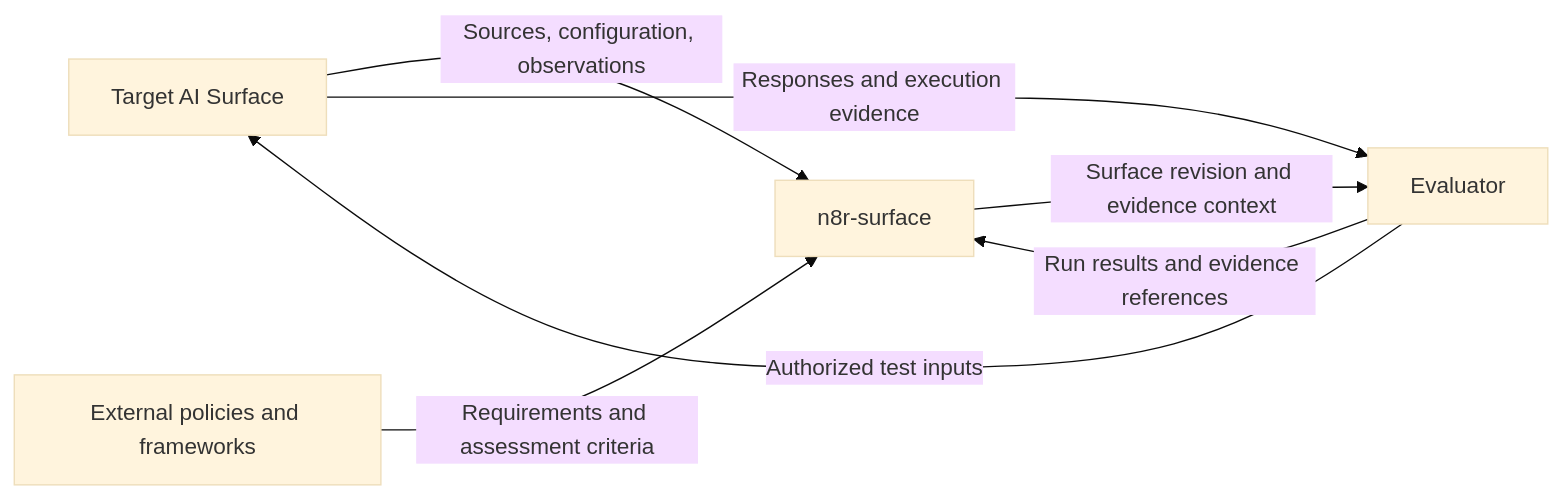
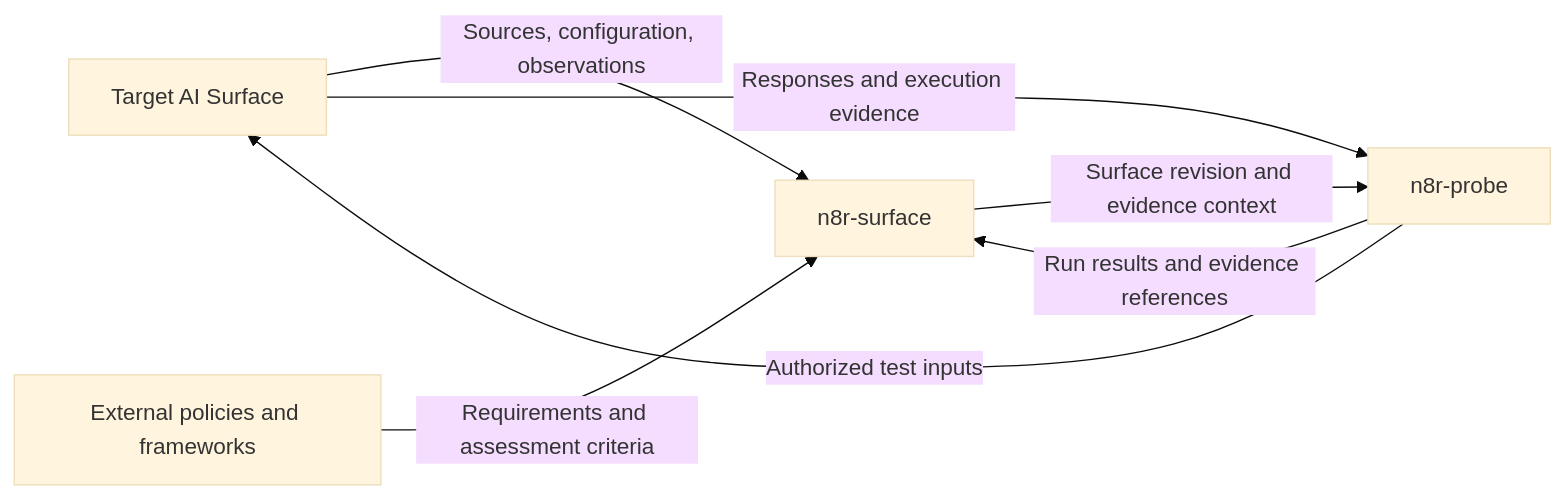
One commit to injectionator/n8r-surface changed the first of 2 diagrams in docs/superpowers/specs/2026-11-14-joe-maya-proof-design.md. Above: the diagram before and after it, drawn with Mermaid (base theme). The commit also changed other lines of this file and 2 other files, not shown here.

````diff
--- a/docs/superpowers/specs/2026-11-14-joe-maya-proof-design.md
+++ b/docs/superpowers/specs/2026-11-14-joe-maya-proof-design.md
@@ -30,13 +30,13 @@
 ```mermaid
 flowchart LR
     T[Target AI Surface]
     S[n8r-surface]
-    E[Evaluator]
+    E[n8r-probe]
     P[External policies and frameworks]
     T -->|Sources, configuration, observations| S
     S -->|Surface revision and evidence context| E
     E -->|Authorized test inputs| T
     T -->|Responses and execution evidence| E
     E -->|Run results and evidence references| S
     P -->|Requirements and assessment criteria| S
 ```
````
